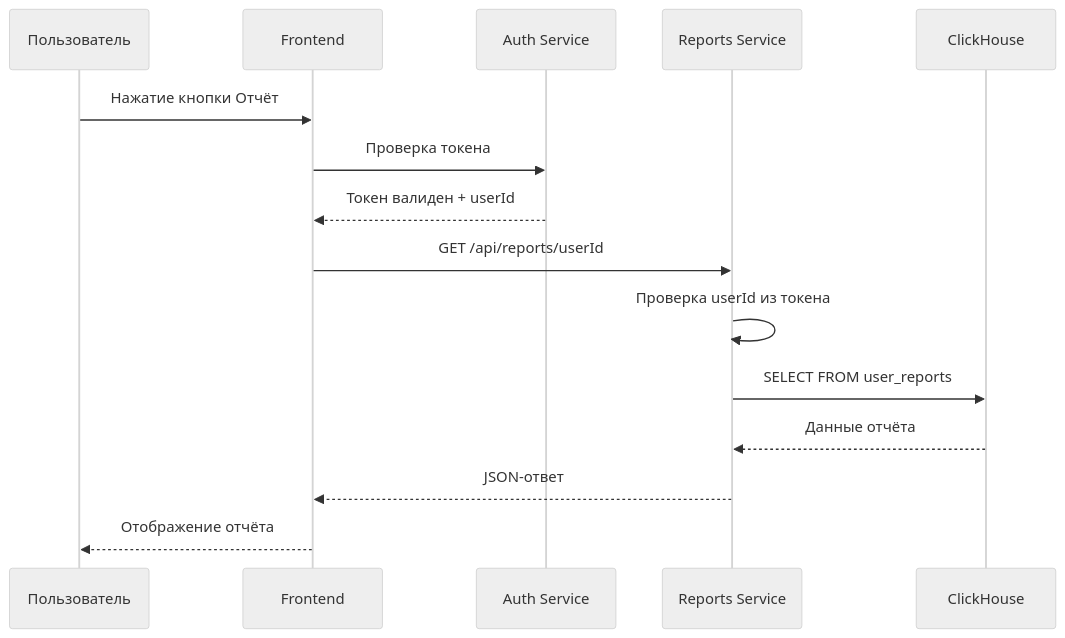
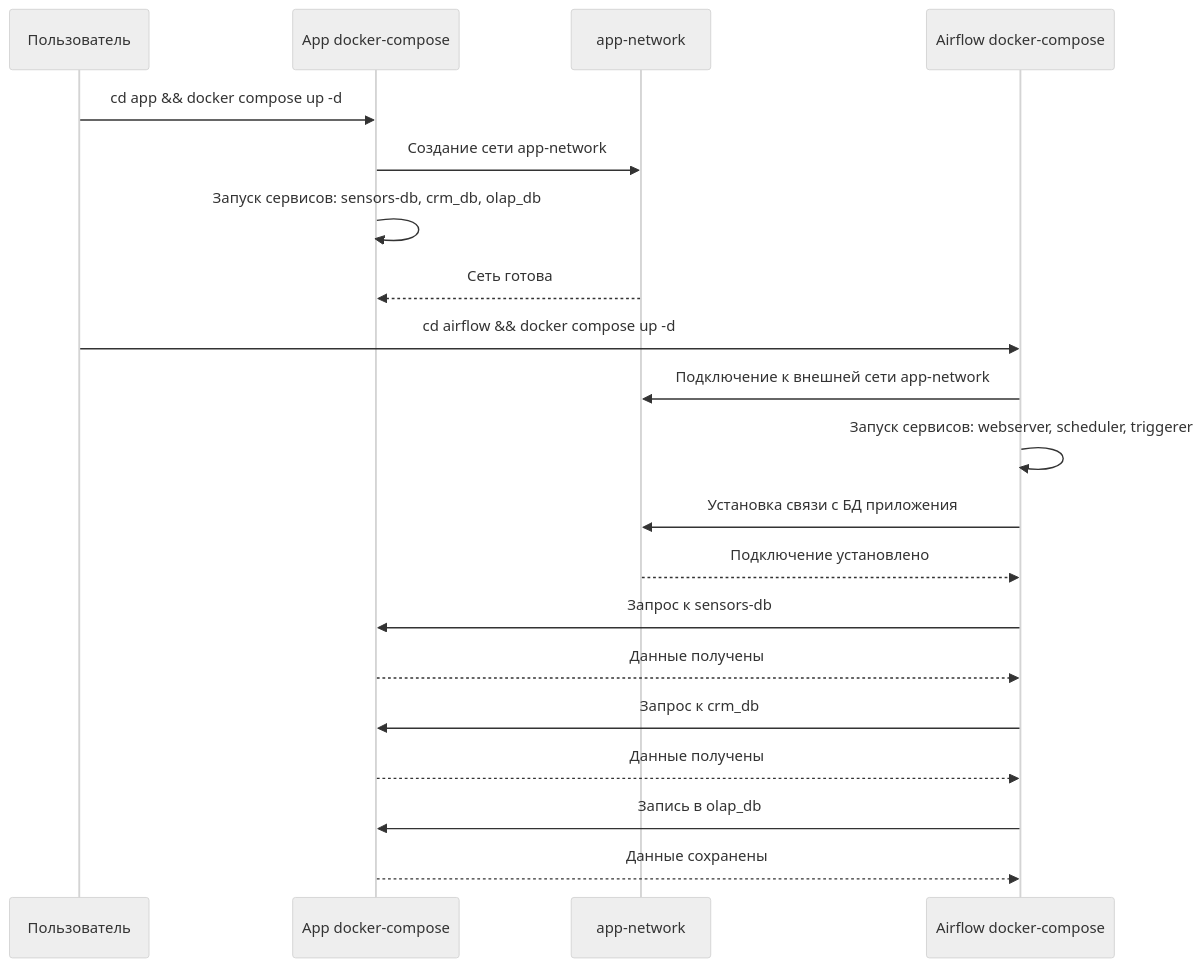
One commit to vgarmash/swa-21_architecture-pro-bionicpro-sprint9 changed the third of 3 diagrams in task2/task2_impl.md. Above: the diagram before and after it, drawn with Mermaid (neutral theme). The commit also changed other lines of this file and 8 other files, not shown here.

````diff
--- a/task2/task2_impl.md
+++ b/task2/task2_impl.md
@@ -576,18 +682,25 @@
 ```mermaid
 sequenceDiagram
     participant U as Пользователь
-    participant F as Frontend
-    participant A as Auth Service
-    participant R as Reports Service
-    participant C as ClickHouse
+    participant A as App docker-compose
+    participant N as app-network
+    participant F as Airflow docker-compose
     
-    U->>F: Нажатие кнопки Отчёт
-    F->>A: Проверка токена
-    A-->>F: Токен валиден + userId
-    F->>R: GET /api/reports/userId
-    R->>R: Проверка userId из токена
-    R->>C: SELECT FROM user_reports
-    C-->>R: Данные отчёта
-    R-->>F: JSON-ответ
-    F-->>U: Отображение отчёта
+    U->>A: cd app && docker compose up -d
+    A->>N: Создание сети app-network
+    A->>A: Запуск сервисов: sensors-db, crm_db, olap_db
+    N-->>A: Сеть готова
+    
+    U->>F: cd airflow && docker compose up -d
+    F->>N: Подключение к внешней сети app-network
+    F->>F: Запуск сервисов: webserver, scheduler, triggerer
+    F->>N: Установка связи с БД приложения
+    N-->>F: Подключение установлено
+    
+    F->>A: Запрос к sensors-db
+    A-->>F: Данные получены
+    F->>A: Запрос к crm_db
+    A-->>F: Данные получены
+    F->>A: Запись в olap_db
+    A-->>F: Данные сохранены
 ```
````
